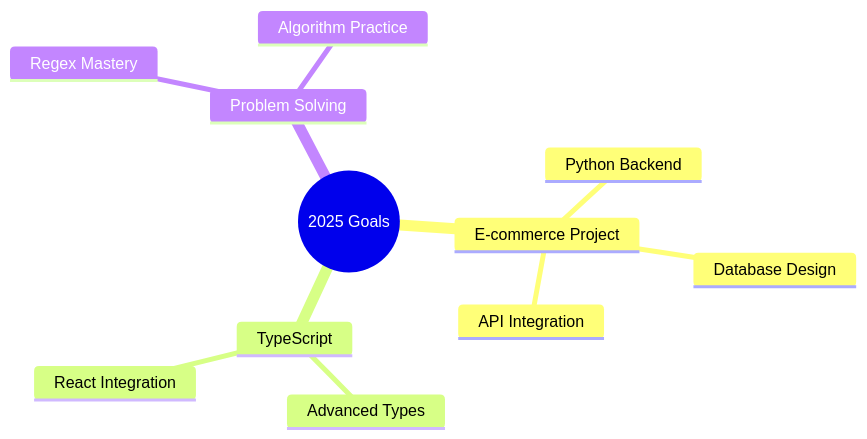
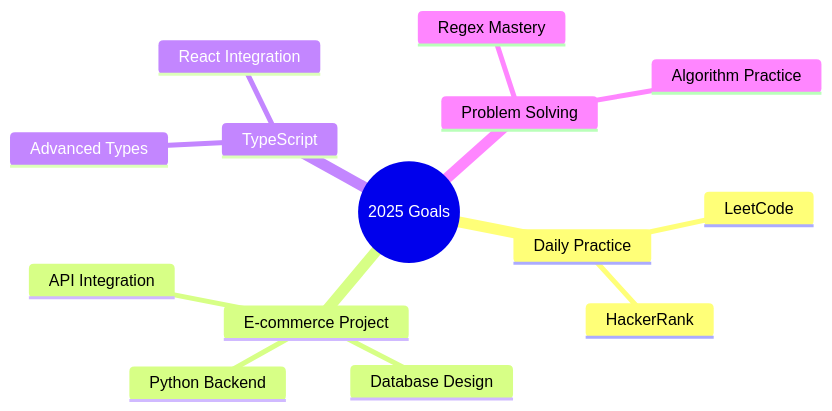
Before and after one commit to alokkumar777/alokkumar777: the diagram in README.md, drawn with Mermaid.

````diff
--- a/README.md
+++ b/README.md
@@ -75,14 +75,17 @@
 ```mermaid
 mindmap
   root((2025 Goals))
+    Daily Practice
+      LeetCode
+      HackerRank
     E-commerce Project
       Python Backend
       Database Design
       API Integration
     TypeScript
       Advanced Types
       React Integration
     Problem Solving
       Regex Mastery
       Algorithm Practice
 ```
````
